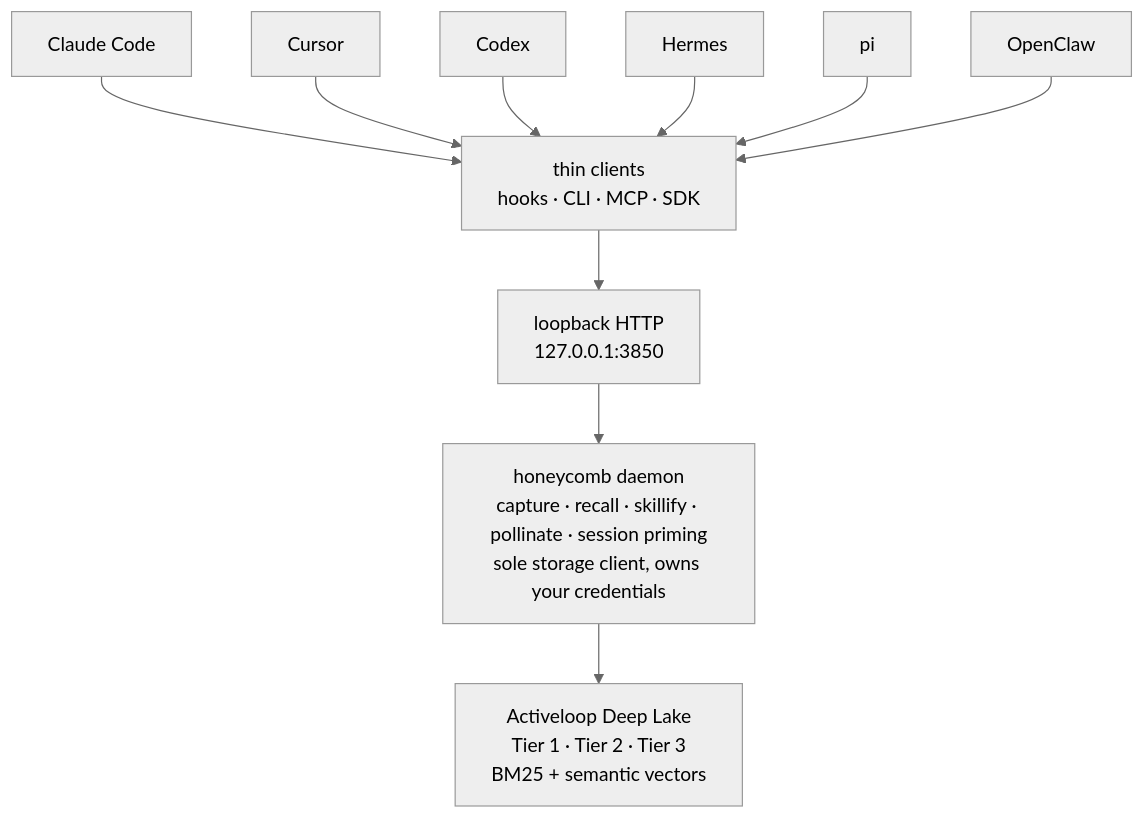
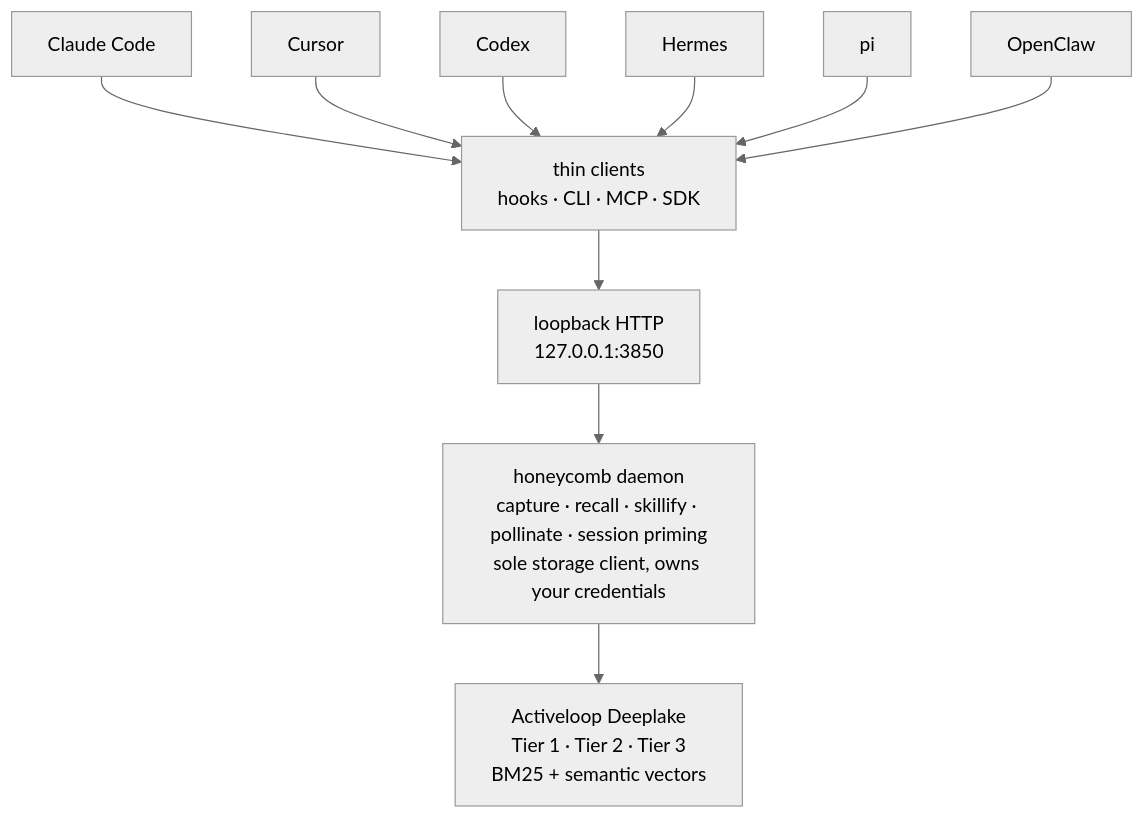
Before and after one commit to legioncodeinc/honeycomb: the diagram in README.md, drawn with Mermaid (neutral theme). The commit also changed other lines of this file, not shown here.

First line of the commit message:
fix: correct spelling of "Deeplake" in README.md

````diff
--- a/README.md
+++ b/README.md
@@ -190,12 +190,12 @@
 ```mermaid
 flowchart TB
     CC["Claude Code"] --> TC
     CU["Cursor"] --> TC
     CX["Codex"] --> TC
     HE["Hermes"] --> TC
     PI["pi"] --> TC
     OC["OpenClaw"] --> TC
     TC["thin clients<br/>hooks · CLI · MCP · SDK"] --> HTTP["loopback HTTP<br/>127.0.0.1:3850"]
     HTTP --> D["honeycomb daemon<br/>capture · recall · skillify · pollinate · session priming<br/>sole storage client, owns your credentials"]
-    D --> DL["Activeloop Deep Lake<br/>Tier 1 · Tier 2 · Tier 3<br/>BM25 + semantic vectors"]
+    D --> DL["Activeloop Deeplake<br/>Tier 1 · Tier 2 · Tier 3<br/>BM25 + semantic vectors"]
 ```
````
